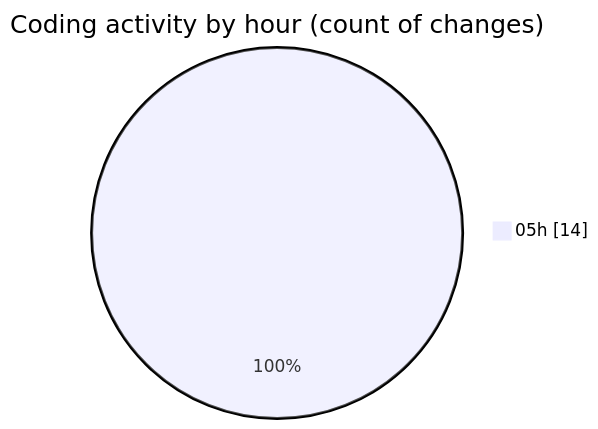
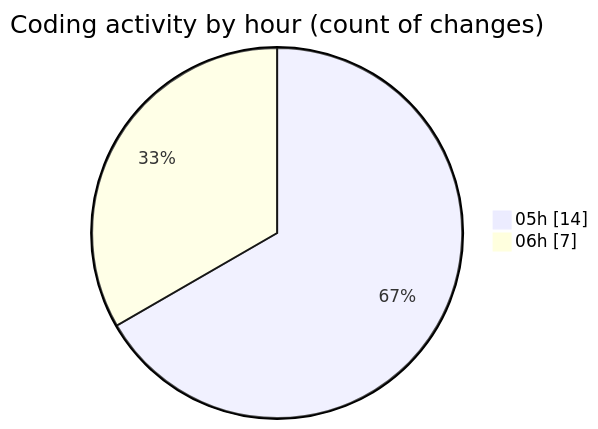
One commit to IJAZ3593/code-tracking changed the second of 2 diagrams in 2025-09-01/project/README.md. Above: the diagram before and after it, drawn with Mermaid. The commit also changed other lines of this file and 1 other file, not shown here.

````diff
--- a/2025-09-01/project/README.md
+++ b/2025-09-01/project/README.md
@@ -36,5 +36,6 @@
 ```mermaid
 pie showData
 title Coding activity by hour (count of changes)
 "05h" : 14
+"06h" : 7
 ```
````
